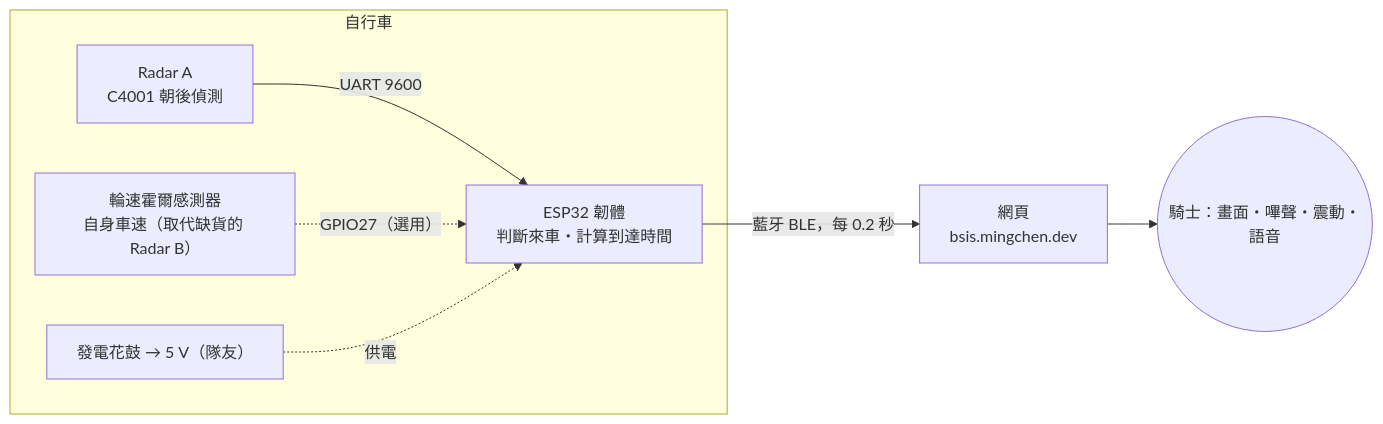
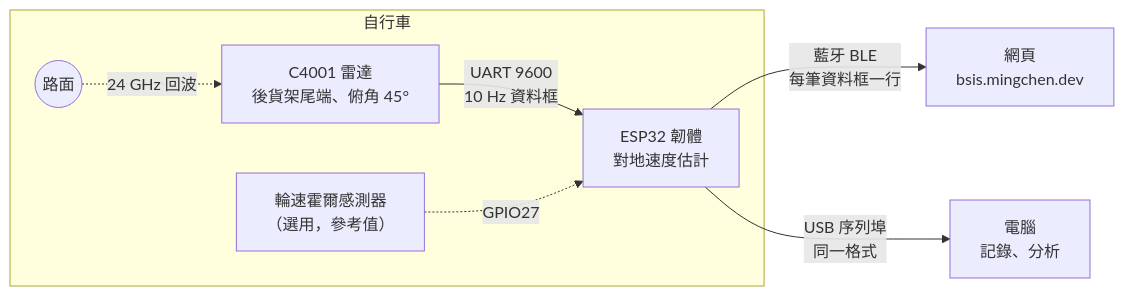
Before and after one commit to Ming874/bsis-radar: the diagram in README.md, drawn with Mermaid. The commit also changed other lines of this file and 167 other files, not shown here.

````diff
--- a/README.md
+++ b/README.md
@@ -37,10 +39,10 @@
 ```mermaid
 flowchart LR
   subgraph 自行車
-    A["Radar A<br/>C4001 朝後偵測"] -- "UART 9600" --> E["ESP32 韌體<br/>判斷來車・計算到達時間"]
-    B["輪速霍爾感測器<br/>自身車速（取代缺貨的 Radar B）"] -. "GPIO27（選用）" .-> E
-    P["發電花鼓 → 5 V（隊友）"] -. 供電 .-> E
+    G(("路面")) -. "24 GHz 回波" .-> A["C4001 雷達<br/>後貨架尾端、俯角 45°"]
+    A -- "UART 9600<br/>10 Hz 資料框" --> E["ESP32 韌體<br/>對地速度估計"]
+    H["輪速霍爾感測器<br/>（選用，參考值）"] -. "GPIO27" .-> E
   end
-  E -- "藍牙 BLE，每 0.2 秒" --> W["網頁<br/>bsis.mingchen.dev"]
-  W --> R(("騎士：畫面・嗶聲・震動・語音"))
+  E -- "藍牙 BLE<br/>每筆資料框一行" --> W["網頁<br/>bsis.mingchen.dev"]
+  E -- "USB 序列埠<br/>同一格式" --> P["電腦<br/>記錄、分析"]
 ```
````
